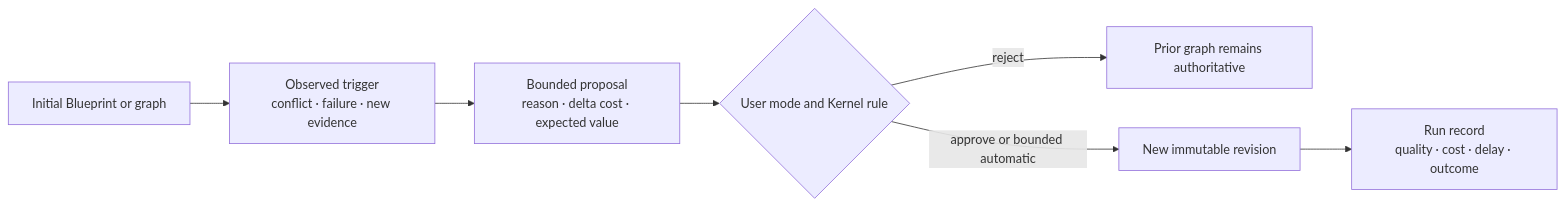
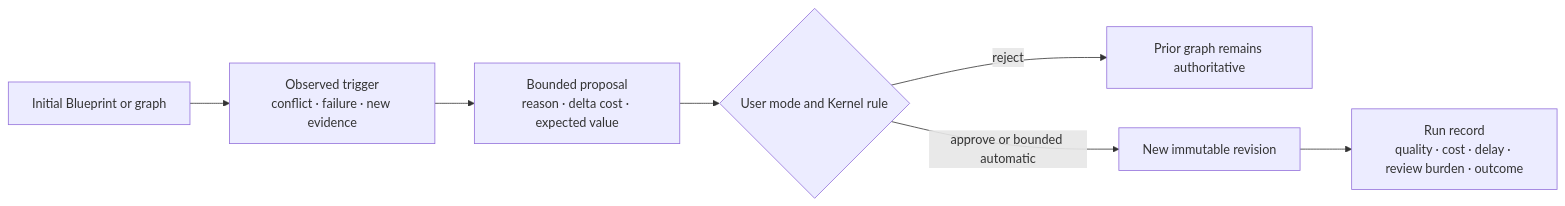
One commit to j6t22t4gy4-spec/noruct changed the second of 2 diagrams in docs/en/05-governed-evolution-and-user-graphs.md. Above: the diagram before and after it, drawn with Mermaid. The commit also changed other lines of this file and 20 other files, not shown here.

````diff
--- a/docs/en/05-governed-evolution-and-user-graphs.md
+++ b/docs/en/05-governed-evolution-and-user-graphs.md
@@ -97,9 +97,9 @@
 ```mermaid
 flowchart LR
   A["Initial Blueprint or graph"] --> B["Observed trigger\nconflict · failure · new evidence"]
   B --> C["Bounded proposal\nreason · delta cost · expected value"]
   C --> D{"User mode and Kernel rule"}
   D -->|"reject"| E["Prior graph remains authoritative"]
   D -->|"approve or bounded automatic"| F["New immutable revision"]
-  F --> G["Run record\nquality · cost · delay · outcome"]
+  F --> G["Run record\nquality · cost · delay · review burden · outcome"]
 ```
````
